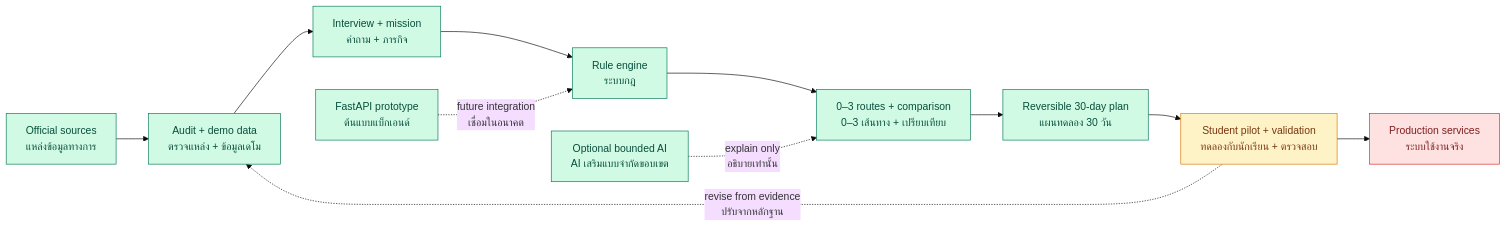
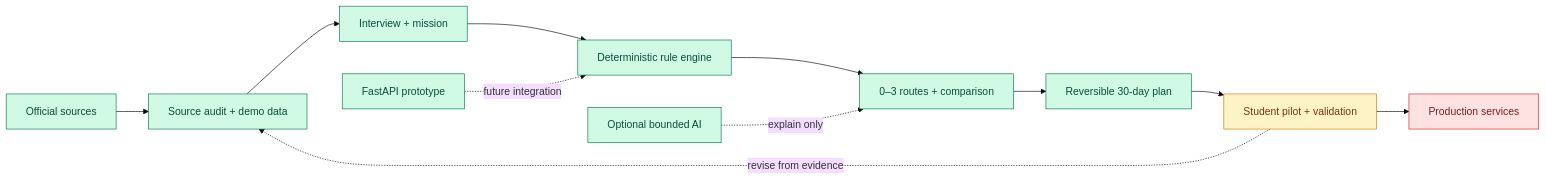
One commit to Pongkarm/Future_Me changed the diagram in README.md. Above: the diagram before and after it, drawn with Mermaid (base theme). The commit also changed other lines of this file and 4 other files, not shown here.

````diff
--- a/README.md
+++ b/README.md
@@ -78,21 +70,21 @@
 ```mermaid
 flowchart LR
-    A["Official sources<br/>แหล่งข้อมูลทางการ"] --> B["Audit + demo data<br/>ตรวจแหล่ง + ข้อมูลเดโม"]
-    B --> C["Interview + mission<br/>คำถาม + ภารกิจ"]
-    C --> D["Rule engine<br/>ระบบกฎ"]
-    D --> E["0–3 routes + comparison<br/>0–3 เส้นทาง + เปรียบเทียบ"]
-    E --> F["Reversible 30-day plan<br/>แผนทดลอง 30 วัน"]
-    F --> G["Student pilot + validation<br/>ทดลองกับนักเรียน + ตรวจสอบ"]
-    G -. "revise from evidence<br/>ปรับจากหลักฐาน" .-> B
-    G --> H["Production services<br/>ระบบใช้งานจริง"]
+    A["Official sources"] --> B["Source audit + demo data"]
+    B --> C["Interview + mission"]
+    C --> D["Deterministic rule engine"]
+    D --> E["0–3 routes + comparison"]
+    E --> F["Reversible 30-day plan"]
+    F --> G["Student pilot + validation"]
+    G -. "revise from evidence" .-> B
+    G --> H["Production services"]
 
-    I["Optional bounded AI<br/>AI เสริมแบบจำกัดขอบเขต"] -. "explain only<br/>อธิบายเท่านั้น" .-> E
-    J["FastAPI prototype<br/>ต้นแบบแบ็กเอนด์"] -. "future integration<br/>เชื่อมในอนาคต" .-> D
+    I["Optional bounded AI"] -. "explain only" .-> E
+    J["FastAPI prototype"] -. "future integration" .-> D
 
     classDef working fill:#d1fae5,stroke:#047857,color:#064e3b;
     classDef validating fill:#fef3c7,stroke:#d97706,color:#78350f;
     classDef planned fill:#fee2e2,stroke:#dc2626,color:#7f1d1d;
     class A,B,C,D,E,F,I,J working;
     class G validating;
     class H planned;
 ```
````
